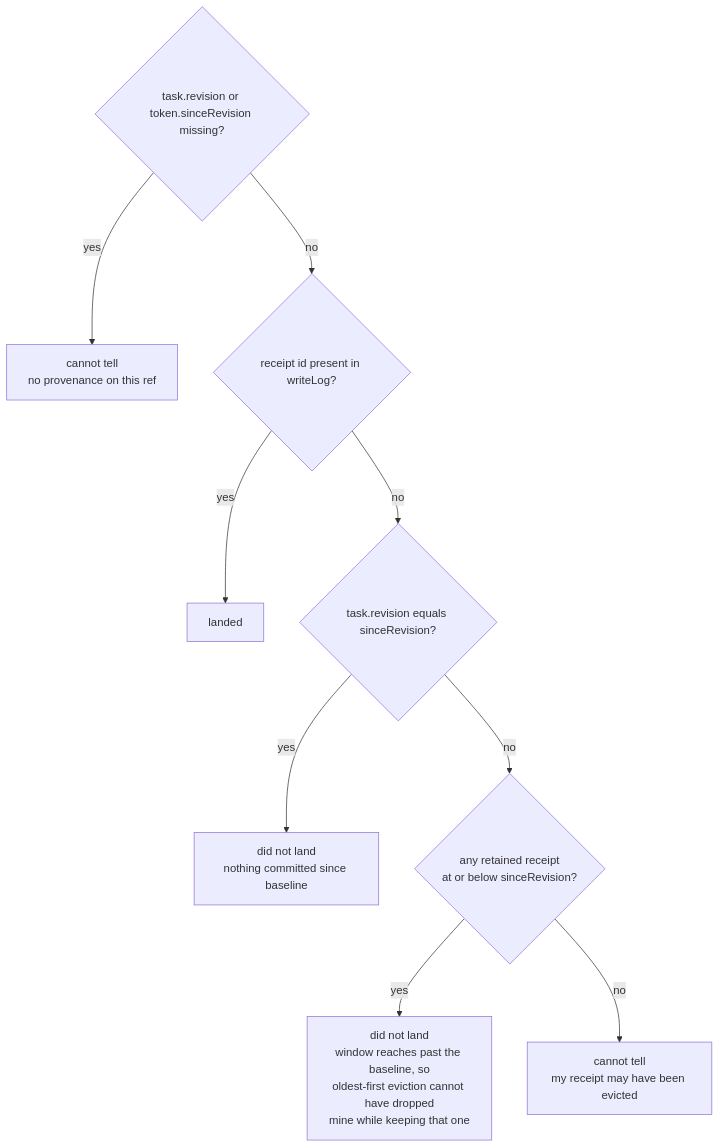
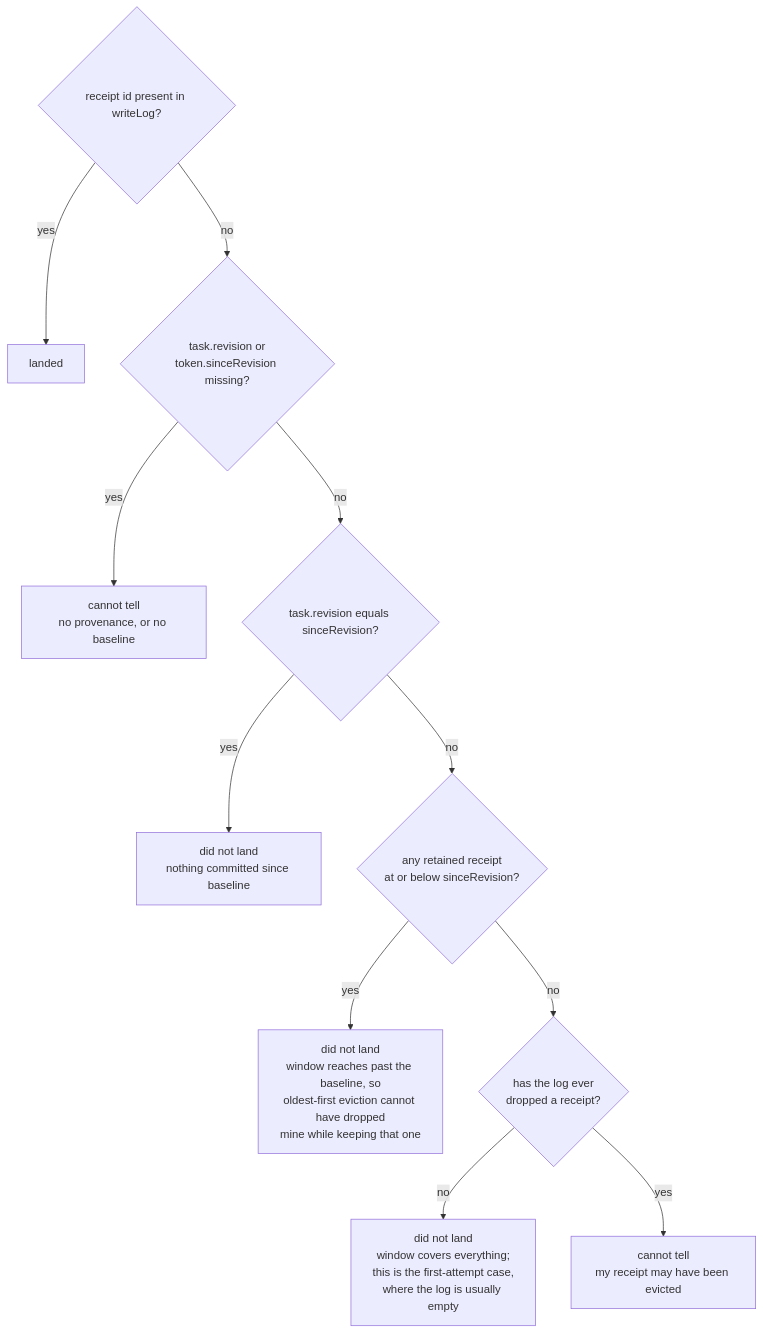
The second of 2 diagrams in docs/specs/FIX-989.md (fixpoint-labs/flow-state-dev), drawn with Mermaid before and after one commit. The commit also changed other lines of this file, not shown here.

First line of the commit message:
spec(FIX-989): fold round 2 — correct the guarantee's scope, close the first-attempt gap, fix the read order

````diff
--- a/docs/specs/FIX-989.md
+++ b/docs/specs/FIX-989.md
@@ -477,11 +545,13 @@
 ```mermaid
 flowchart TD
-  A{"task.revision or token.sinceRevision missing?"} -->|yes| U1["cannot tell<br/>no provenance on this ref"]
-  A -->|no| B{"receipt id present in writeLog?"}
-  B -->|yes| T["landed"]
-  B -->|no| C{"task.revision equals sinceRevision?"}
+  B{"receipt id present in writeLog?"} -->|yes| T["landed"]
+  B -->|no| A{"task.revision or<br/>token.sinceRevision missing?"}
+  A -->|yes| U1["cannot tell<br/>no provenance, or no baseline"]
+  A -->|no| C{"task.revision equals sinceRevision?"}
   C -->|yes| F1["did not land<br/>nothing committed since baseline"]
   C -->|no| D{"any retained receipt<br/>at or below sinceRevision?"}
   D -->|yes| F2["did not land<br/>window reaches past the baseline, so<br/>oldest-first eviction cannot have dropped<br/>mine while keeping that one"]
-  D -->|no| U2["cannot tell<br/>my receipt may have been evicted"]
+  D -->|no| E{"has the log ever<br/>dropped a receipt?"}
+  E -->|no| F3["did not land<br/>window covers everything;<br/>this is the first-attempt case,<br/>where the log is usually empty"]
+  E -->|yes| U2["cannot tell<br/>my receipt may have been evicted"]
 ```
````
